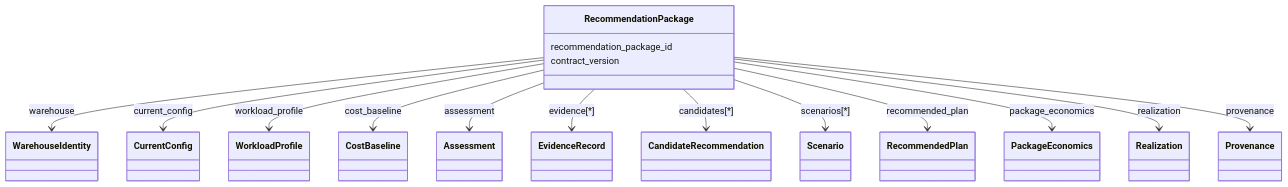
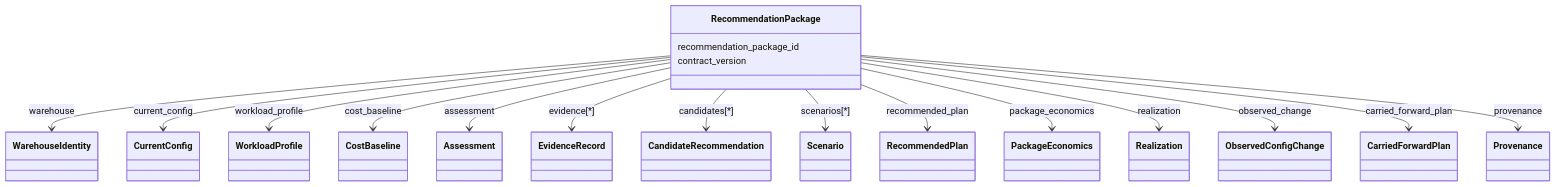
One commit to thiaga-gk/expert-funicular changed diagram 15 of 19 in docs/architecture/lld.md. Above: the diagram before and after it, drawn with Mermaid. The commit also changed other lines of this file and 8 other files, not shown here.

````diff
--- a/docs/architecture/lld.md
+++ b/docs/architecture/lld.md
@@ -1145,19 +1114,21 @@
 ```mermaid
 classDiagram
     class RecommendationPackage {
       recommendation_package_id
       contract_version
     }
     RecommendationPackage --> WarehouseIdentity: warehouse
     RecommendationPackage --> CurrentConfig: current_config
     RecommendationPackage --> WorkloadProfile: workload_profile
     RecommendationPackage --> CostBaseline: cost_baseline
     RecommendationPackage --> Assessment: assessment
     RecommendationPackage --> EvidenceRecord: evidence[*]
     RecommendationPackage --> CandidateRecommendation: candidates[*]
     RecommendationPackage --> Scenario: scenarios[*]
     RecommendationPackage --> RecommendedPlan: recommended_plan
     RecommendationPackage --> PackageEconomics: package_economics
     RecommendationPackage --> Realization: realization
+    RecommendationPackage --> ObservedConfigChange: observed_change
+    RecommendationPackage --> CarriedForwardPlan: carried_forward_plan
     RecommendationPackage --> Provenance: provenance
 ```
````
